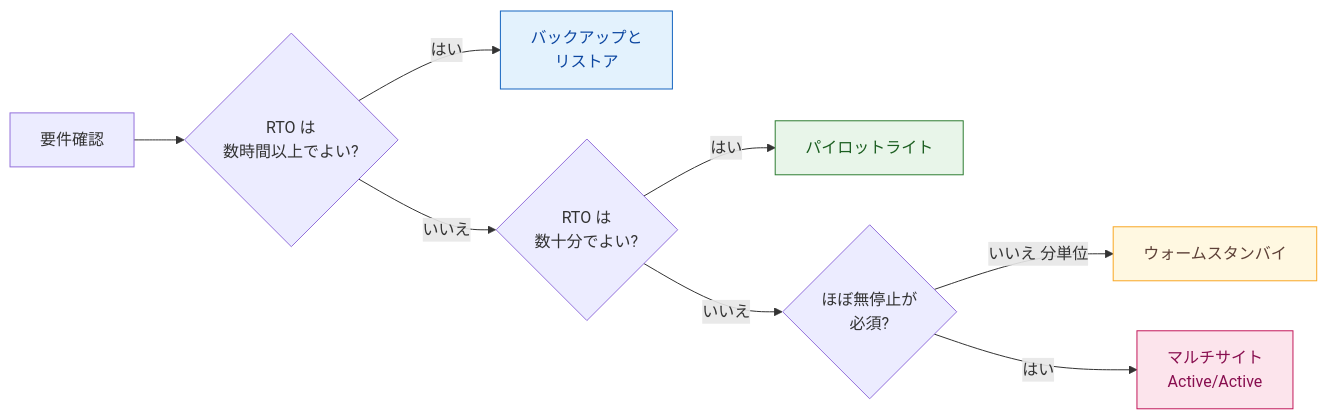
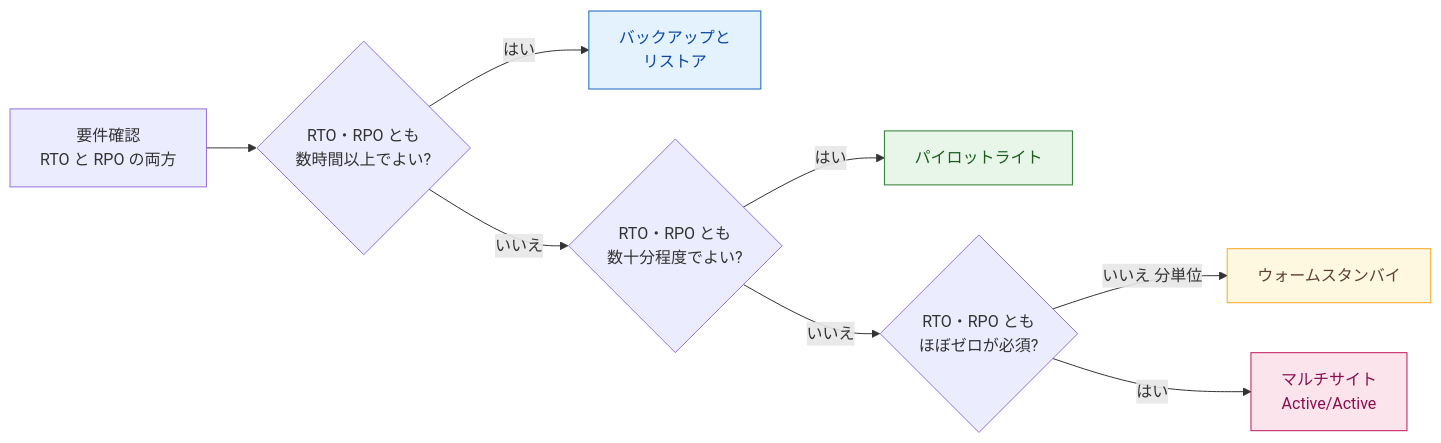
Before and after one commit to myoshi2891/Cloud-Infrastructure-and-Network-Studies: the seventh of 23 diagrams in Aws-sap-c02-domain2-guide.md, drawn with Mermaid. The commit also changed other lines of this file, not shown here.

````diff
--- a/Aws-sap-c02-domain2-guide.md
+++ b/Aws-sap-c02-domain2-guide.md
@@ -368,14 +368,14 @@
 ```mermaid
 flowchart LR
-    S["要件確認"] --> Q1{"RTO は<br/>数時間以上でよい?"}
+    S["要件確認<br/>RTO と RPO の両方"] --> Q1{"RTO・RPO とも<br/>数時間以上でよい?"}
     Q1 -->|"はい"| BR["バックアップと<br/>リストア"]
-    Q1 -->|"いいえ"| Q2{"RTO は<br/>数十分でよい?"}
+    Q1 -->|"いいえ"| Q2{"RTO・RPO とも<br/>数十分程度でよい?"}
     Q2 -->|"はい"| PL["パイロットライト"]
-    Q2 -->|"いいえ"| Q3{"ほぼ無停止が<br/>必須?"}
+    Q2 -->|"いいえ"| Q3{"RTO・RPO とも<br/>ほぼゼロが必須?"}
     Q3 -->|"いいえ 分単位"| WS["ウォームスタンバイ"]
     Q3 -->|"はい"| AA["マルチサイト<br/>Active/Active"]
     style BR fill:#e3f2fd,stroke:#1565c0,color:#0d47a1
     style PL fill:#e8f5e9,stroke:#2e7d32,color:#1b5e20
     style WS fill:#fff8e1,stroke:#f9a825,color:#5d4037
     style AA fill:#fce4ec,stroke:#c2185b,color:#880e4f
 ```
````
